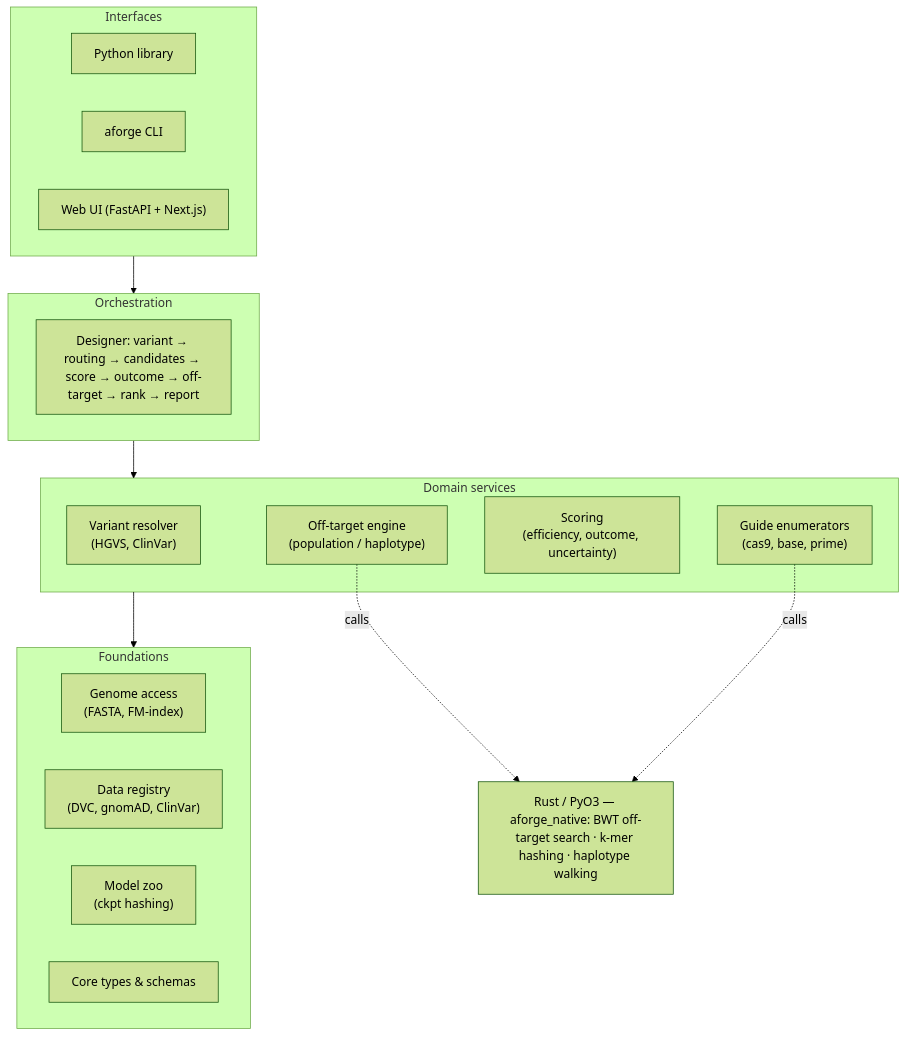
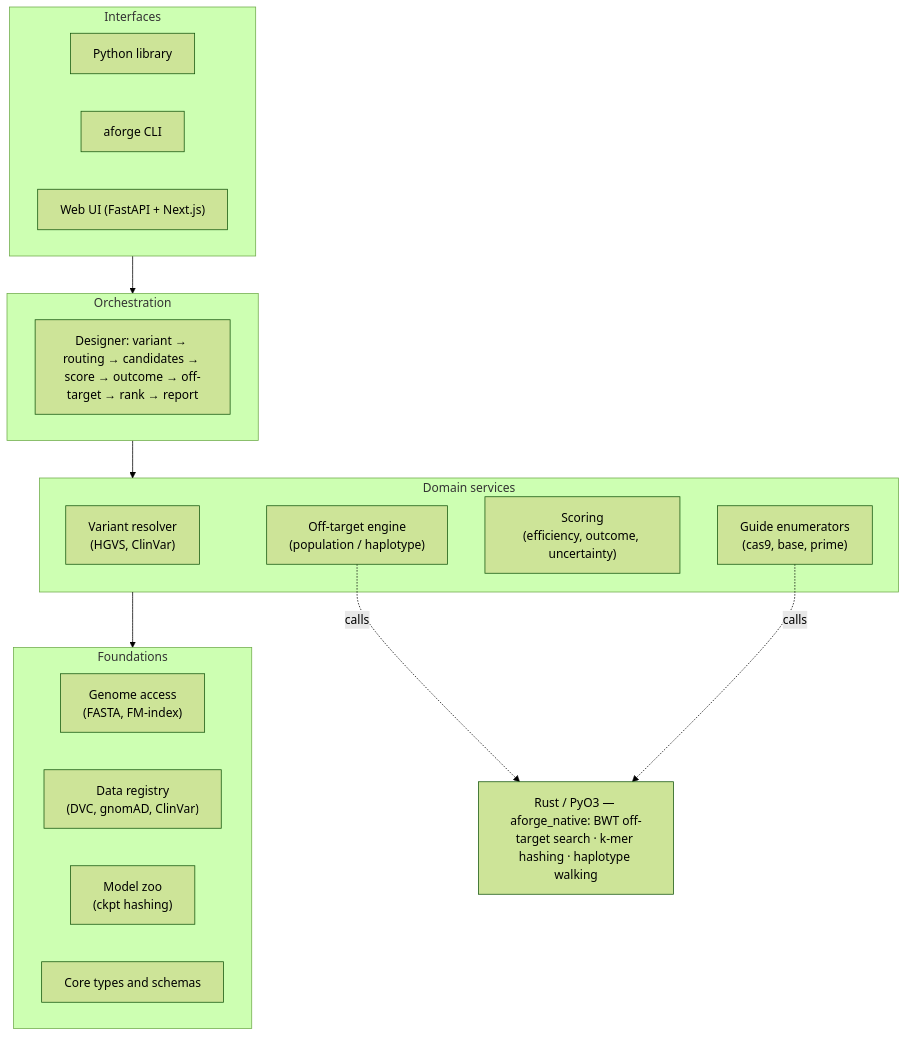
One commit to clay-good/alleleforge changed the first of 7 diagrams in README.md. Above: the diagram before and after it, drawn with Mermaid (forest theme). The commit also changed other lines of this file, not shown here.

Commit message:
docs: fix mermaid diagrams — HTML entity (&amp;) rendered literally in code blocks
Inside mermaid code fences the variant-first journey sequence diagram and the
architecture flowchart used '&amp;', which mermaid renders verbatim. Replaced
with plain 'and' so the labels render correctly.

````diff
--- a/README.md
+++ b/README.md
@@ -76,28 +76,28 @@
 ```mermaid
 flowchart TB
     subgraph I["Interfaces"]
         PY["Python library"]
         CLI["aforge CLI"]
         WEB["Web UI (FastAPI + Next.js)"]
     end
     subgraph O["Orchestration"]
         DES["Designer: variant → routing → candidates → score → outcome → off-target → rank → report"]
     end
     subgraph D["Domain services"]
         VR["Variant resolver<br/>(HGVS, ClinVar)"]
         EN["Guide enumerators<br/>(cas9, base, prime)"]
         SC["Scoring<br/>(efficiency, outcome, uncertainty)"]
         OT["Off-target engine<br/>(population / haplotype)"]
     end
     subgraph F["Foundations"]
         GA["Genome access<br/>(FASTA, FM-index)"]
         DR["Data registry<br/>(DVC, gnomAD, ClinVar)"]
         MZ["Model zoo<br/>(ckpt hashing)"]
-        CT["Core types &amp; schemas"]
+        CT["Core types and schemas"]
     end
     RUST["Rust / PyO3 — aforge_native: BWT off-target search · k-mer hashing · haplotype walking"]
 
     I --> O --> D --> F
     OT -.calls.-> RUST
     EN -.calls.-> RUST
 ```
````
